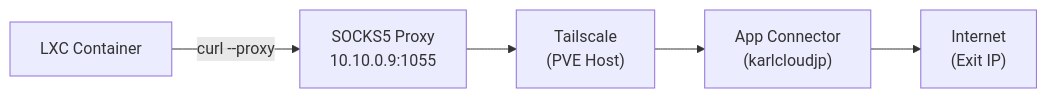
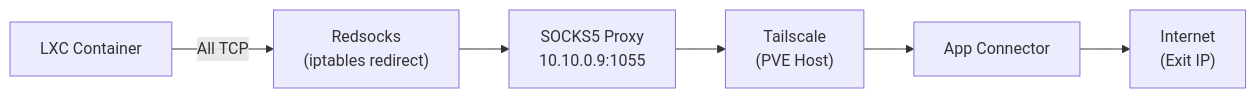
The diagram in 2️⃣-Drafts/pve/PVE-LXC-App-Connectors.md (karlorz/obsidian_vault), drawn with Mermaid before and after one commit. The commit also changed other lines of this file and 1 other file, not shown here.

````diff
--- a/2️⃣-Drafts/pve/PVE-LXC-App-Connectors.md
+++ b/2️⃣-Drafts/pve/PVE-LXC-App-Connectors.md
@@ -198,7 +7,8 @@
 ```mermaid
 flowchart LR
-    LXC["LXC Container"] -->|"curl --proxy"| Proxy["SOCKS5 Proxy\n10.10.0.9:1055"]
+    LXC["LXC Container"] -->|"All TCP"| RS["Redsocks\n(iptables redirect)"]
+    RS --> Proxy["SOCKS5 Proxy\n10.10.0.9:1055"]
     Proxy --> TS["Tailscale\n(PVE Host)"]
-    TS --> AC["App Connector\n(karlcloudjp)"]
+    TS --> AC["App Connector"]
     AC --> Internet["Internet\n(Exit IP)"]
 ```
````
